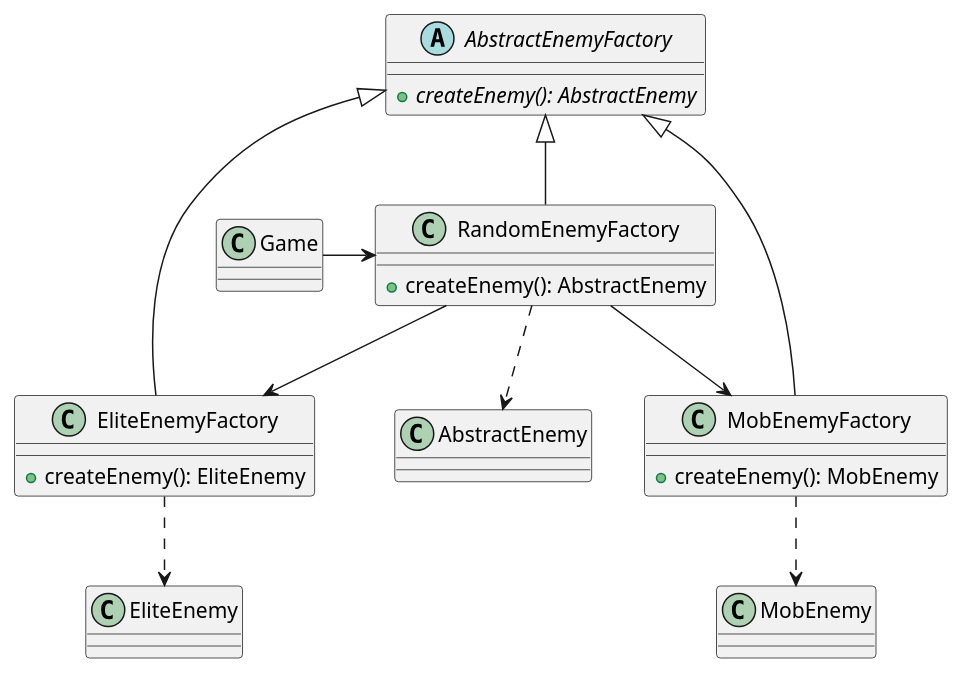
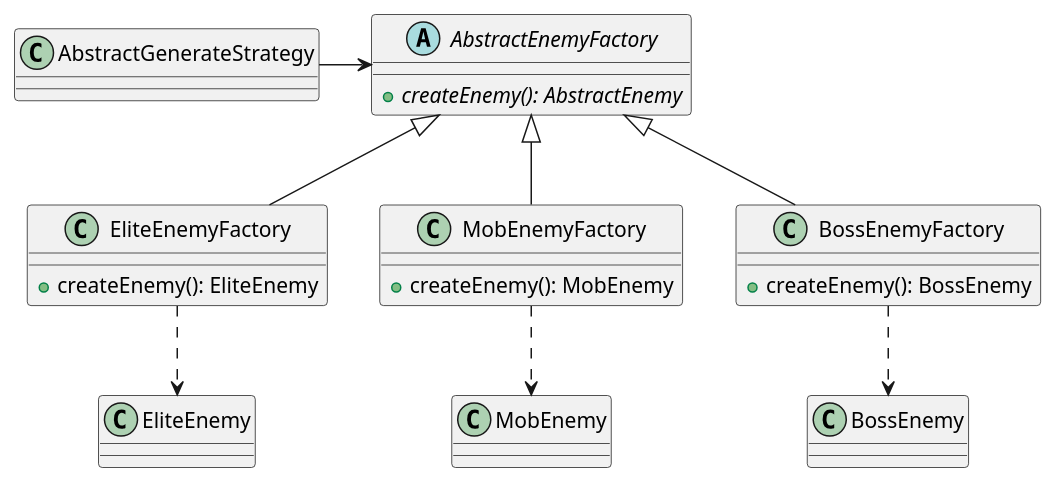
One commit to Jim-shop/AircraftWar changed the diagram in uml/EnemyFactory.puml. Above: the diagram before and after it, drawn with PlantUML. The commit also changed 45 other files, not shown here.

```diff
--- a/uml/EnemyFactory.puml
+++ b/uml/EnemyFactory.puml
@@ -1,30 +1,25 @@
 @startuml
 
 abstract class AbstractEnemyFactory {
     + {abstract} createEnemy(): AbstractEnemy
 }
 
 class EliteEnemyFactory extends AbstractEnemyFactory {
     + createEnemy(): EliteEnemy
 }
 
 class MobEnemyFactory extends AbstractEnemyFactory {
     + createEnemy(): MobEnemy
 }
 
-class RandomEnemyFactory extends AbstractEnemyFactory {
-    + createEnemy(): AbstractEnemy
+class BossEnemyFactory extends AbstractEnemyFactory {
+    + createEnemy(): BossEnemy
 }
-
-RandomEnemyFactory --> EliteEnemyFactory
-RandomEnemyFactory --> MobEnemyFactory
 
 EliteEnemyFactory ..> EliteEnemy
 MobEnemyFactory ..> MobEnemy
-RandomEnemyFactory ..> AbstractEnemy
+BossEnemyFactory ..> BossEnemy
 
-class Game {}
-
-Game -> RandomEnemyFactory
+AbstractGenerateStrategy -> AbstractEnemyFactory
 
 @enduml
```
